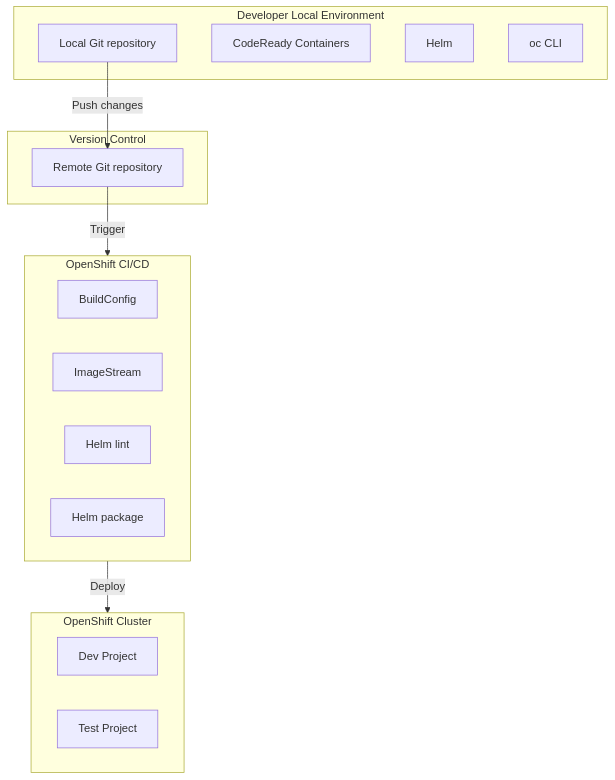
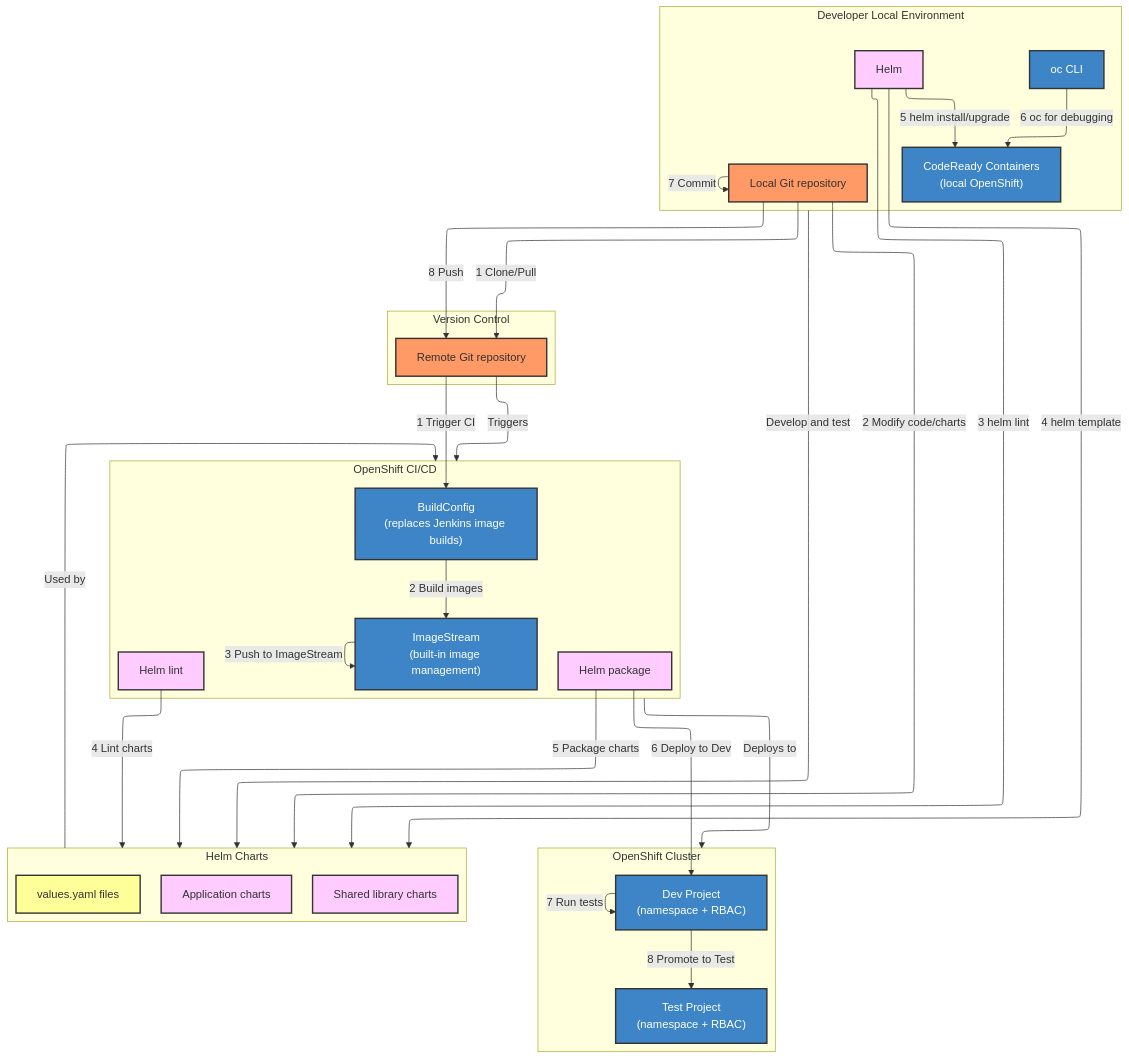
One commit to carlosmsanchezm/prep changed the third of 3 diagrams in architecture/ibm-migration-answers.md. Above: the diagram before and after it, drawn with Mermaid. The commit also changed other lines of this file and 1 other file, not shown here.

First line of the commit message:
Fix IBM migration diagrams: proper relationships, Docker Compose/Swarm before-state, Compose-to-K8s bridge

````diff
--- a/architecture/ibm-migration-answers.md
+++ b/architecture/ibm-migration-answers.md
@@ -132,25 +287,66 @@
 ```mermaid
+---
+config:
+  layout: elk
+---
 flowchart TB
-subgraph Developer_Local_Environment["Developer Local Environment"]
-    A1["Local Git repository"]
-    A2["CodeReady Containers"]
-    A3["Helm"]
-    A4["oc CLI"]
-end
-subgraph Version_Control["Version Control"]
-    B1["Remote Git repository"]
-end
-subgraph OpenShift_CI_CD["OpenShift CI/CD"]
-    C1["BuildConfig"]
-    C2["ImageStream"]
-    C3["Helm lint"]
-    C4["Helm package"]
-end
-subgraph OpenShift_Cluster["OpenShift Cluster"]
-    D1["Dev Project"]
-    D2["Test Project"]
-end
-A1 -- Push changes --> B1
-B1 -- Trigger --> OpenShift_CI_CD
-OpenShift_CI_CD -- Deploy --> OpenShift_Cluster
+    subgraph Developer_Local_Environment["Developer Local Environment"]
+        A1["Local Git repository"]:::git
+        A2["CodeReady Containers<br/>(local OpenShift)"]:::openshift
+        A3["Helm"]:::helm
+        A4["oc CLI"]:::openshift
+    end
+
+    subgraph Version_Control["Version Control"]
+        B1["Remote Git repository"]:::git
+    end
+
+    subgraph OpenShift_CI_CD["OpenShift CI/CD"]
+        C1["BuildConfig<br/>(replaces Jenkins image builds)"]:::openshift
+        C2["ImageStream<br/>(built-in image management)"]:::openshift
+        C3["Helm lint"]:::helm
+        C4["Helm package"]:::helm
+    end
+
+    subgraph OpenShift_Cluster["OpenShift Cluster"]
+        D1["Dev Project<br/>(namespace + RBAC)"]:::openshift
+        D2["Test Project<br/>(namespace + RBAC)"]:::openshift
+    end
+
+    subgraph Helm_Charts["Helm Charts"]
+        E1["Application charts"]:::helm
+        E2["Shared library charts"]:::helm
+        E3["values.yaml files"]:::values
+    end
+
+    %% Developer workflow
+    A1 -- "1 Clone/Pull" --> B1
+    A1 -- "2 Modify code/charts" --> Helm_Charts
+    A3 -- "3 helm lint" --> Helm_Charts
+    A3 -- "4 helm template" --> Helm_Charts
+    A3 -- "5 helm install/upgrade" --> A2
+    A4 -- "6 oc for debugging" --> A2
+    A1 -- "7 Commit" --> A1
+    A1 -- "8 Push" --> B1
+
+    %% CI/CD workflow
+    B1 -- "1 Trigger CI" --> C1
+    C1 -- "2 Build images" --> C2
+    C2 -- "3 Push to ImageStream" --> C2
+    C3 -- "4 Lint charts" --> Helm_Charts
+    C4 -- "5 Package charts" --> Helm_Charts
+    C4 -- "6 Deploy to Dev" --> D1
+    D1 -- "7 Run tests" --> D1
+    D1 -- "8 Promote to Test" --> D2
+
+    %% Relationships
+    Developer_Local_Environment -- "Develop and test" --> Helm_Charts
+    Helm_Charts -- "Used by" --> OpenShift_CI_CD
+    B1 -- "Triggers" --> OpenShift_CI_CD
+    OpenShift_CI_CD -- "Deploys to" --> OpenShift_Cluster
+
+    classDef git fill:#f96,stroke:#333,stroke-width:2px
+    classDef openshift fill:#3d85c6,stroke:#333,stroke-width:2px,color:#fff
+    classDef helm fill:#fcf,stroke:#333,stroke-width:2px
+    classDef values fill:#ff9,stroke:#333,stroke-width:2px
 ```
````
